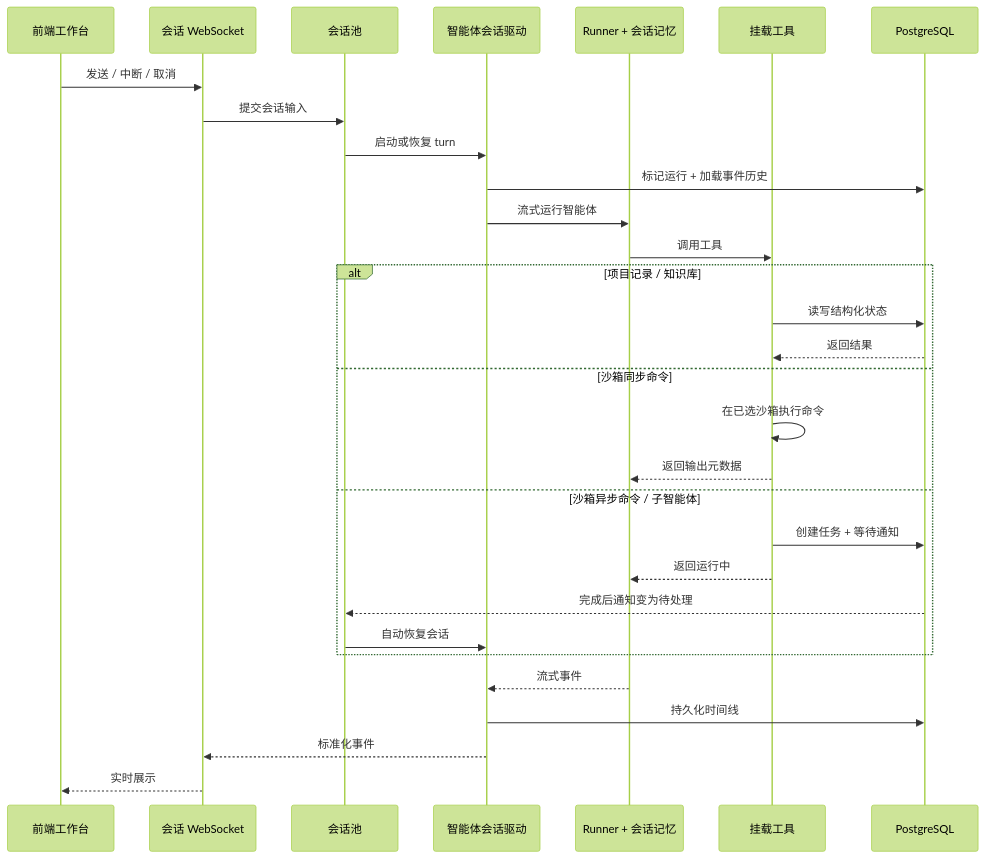
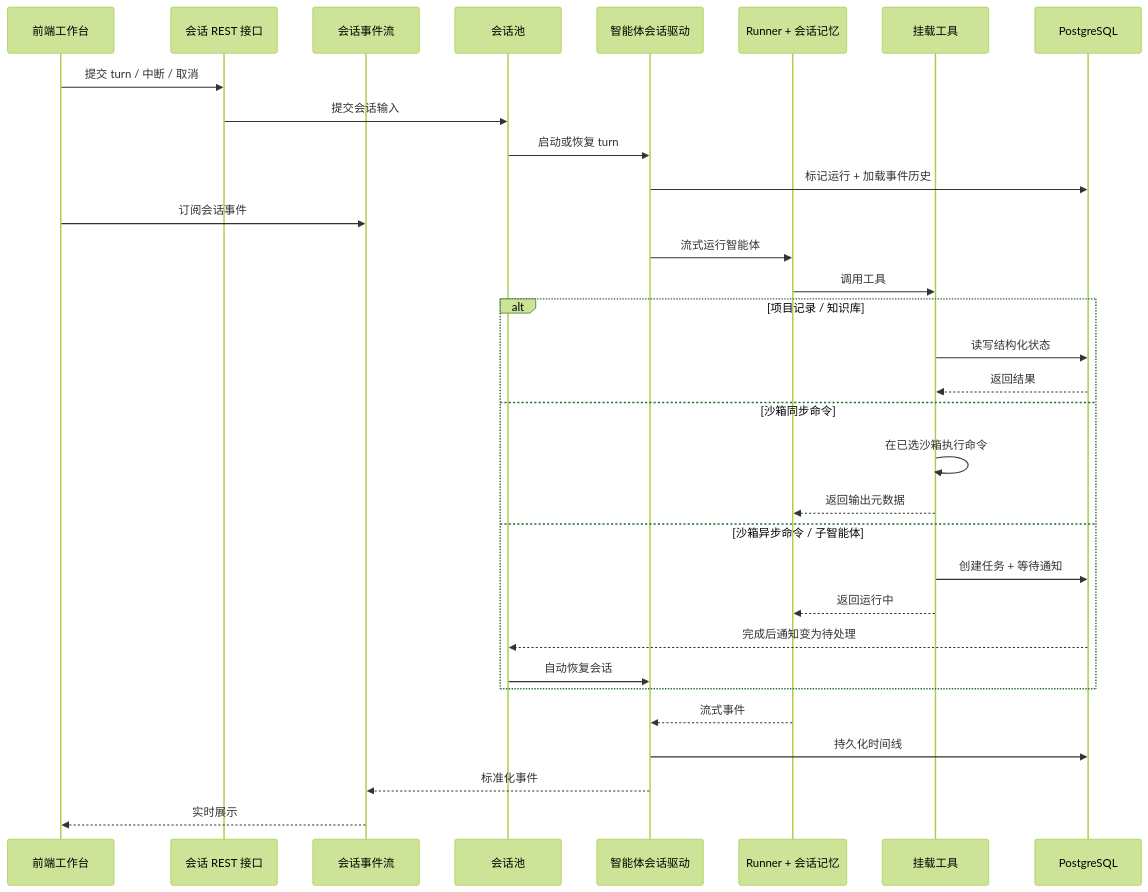
One commit to MolTau9527/Z3r0 changed the second of 2 diagrams in docs/zh/guide/overview.md. Above: the diagram before and after it, drawn with Mermaid (forest theme). The commit also changed 23 other files, not shown here.

Commit message:
fix: Align playground turn submission with REST events to render first-message streams immediately

````diff
--- a/docs/zh/guide/overview.md
+++ b/docs/zh/guide/overview.md
@@ -75,36 +75,38 @@
 ```mermaid
 sequenceDiagram
   participant UI as 前端工作台
-  participant WS as 会话 WebSocket
+  participant API as 会话 REST 接口
+  participant WS as 会话事件流
   participant Pool as 会话池
   participant Sess as 智能体会话驱动
   participant SDK as Runner + 会话记忆
   participant Tool as 挂载工具
   participant DB as PostgreSQL
 
-  UI->>WS: 发送 / 中断 / 取消
-  WS->>Pool: 提交会话输入
+  UI->>API: 提交 turn / 中断 / 取消
+  API->>Pool: 提交会话输入
   Pool->>Sess: 启动或恢复 turn
   Sess->>DB: 标记运行 + 加载事件历史
+  UI->>WS: 订阅会话事件
   Sess->>SDK: 流式运行智能体
 
   SDK->>Tool: 调用工具
 
   alt 项目记录 / 知识库
     Tool->>DB: 读写结构化状态
     DB-->>Tool: 返回结果
   else 沙箱同步命令
     Tool->>Tool: 在已选沙箱执行命令
     Tool-->>SDK: 返回输出元数据
   else 沙箱异步命令 / 子智能体
     Tool->>DB: 创建任务 + 等待通知
     Tool-->>SDK: 返回运行中
     DB-->>Pool: 完成后通知变为待处理
     Pool->>Sess: 自动恢复会话
   end
 
   SDK-->>Sess: 流式事件
   Sess->>DB: 持久化时间线
   Sess-->>WS: 标准化事件
   WS-->>UI: 实时展示
 ```
````
